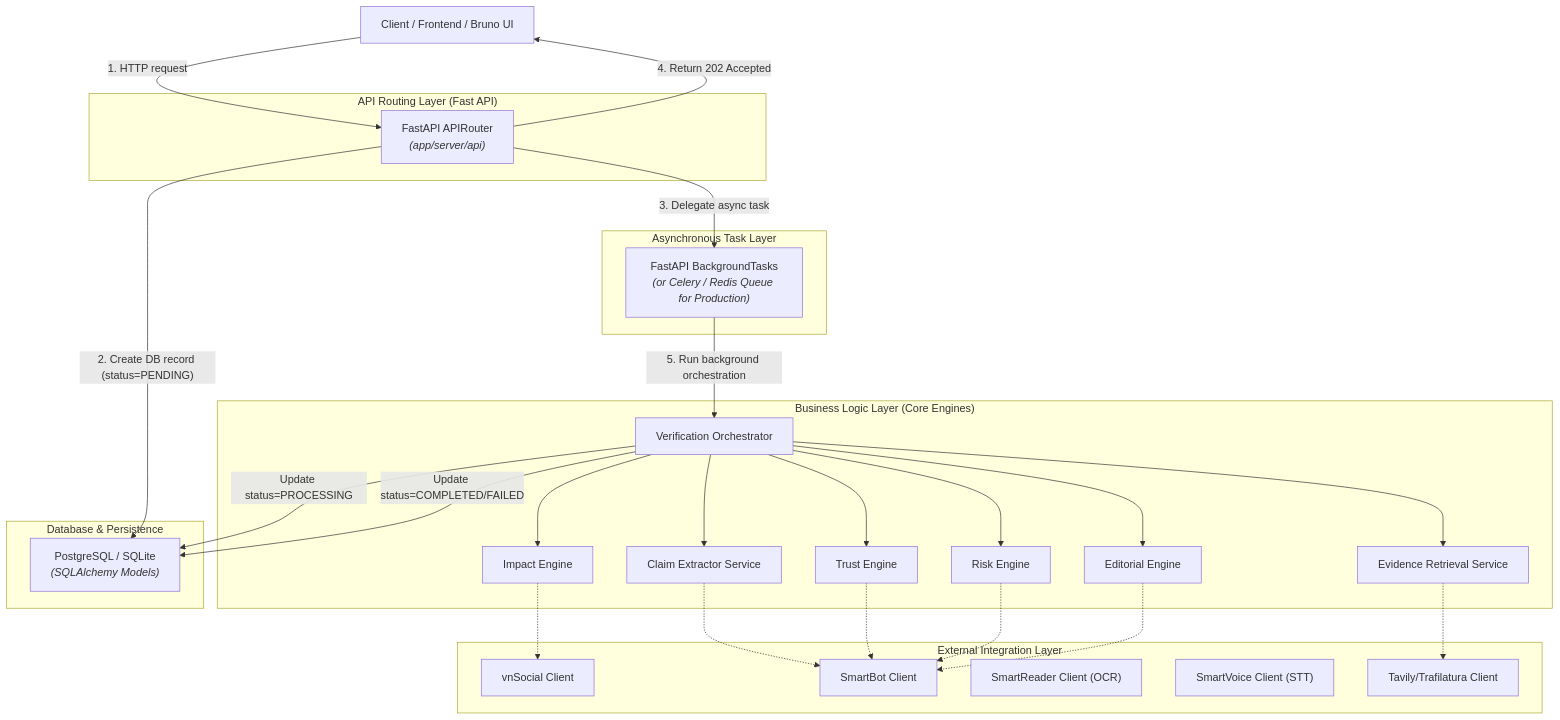
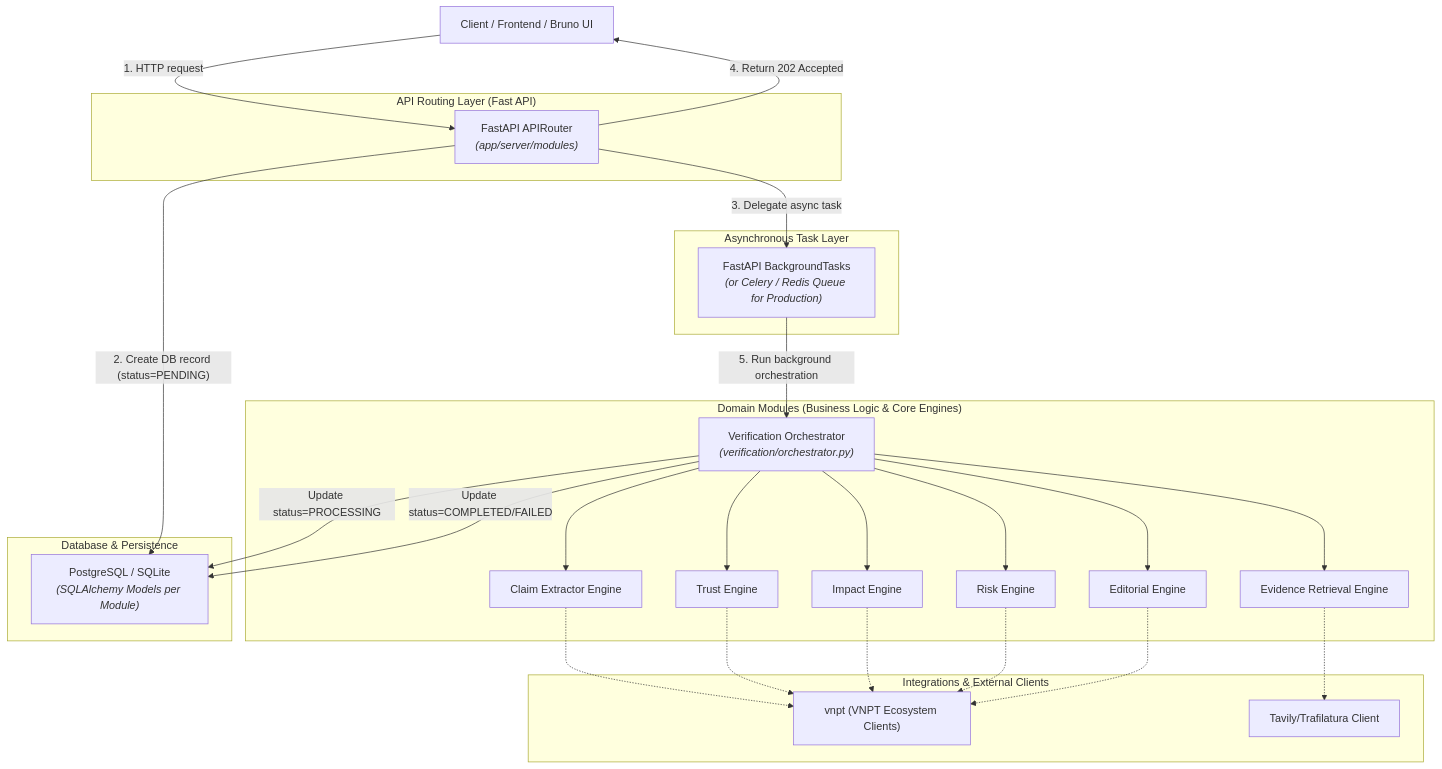
Before and after one commit to KidCute1412/VietnameseHackAIthon2026-SocialMedia: the diagram in docs/specs/backend_architecture.md, drawn with Mermaid. The commit also changed other lines of this file and 49 other files, not shown here.

Commit message:
Feat(BE): Alter the architecture to modular monolith

````diff
--- a/docs/specs/backend_architecture.md
+++ b/docs/specs/backend_architecture.md
@@ -13,60 +13,57 @@
 ```mermaid
 flowchart TD
     Client["Client / Frontend / Bruno UI"]
     
     subgraph Routing ["API Routing Layer (Fast API)"]
-        Router["FastAPI APIRouter<br><i>(app/server/api)</i>"]
+        Router["FastAPI APIRouter<br><i>(app/server/modules)</i>"]
     end
     
     subgraph TaskQueue ["Asynchronous Task Layer"]
         BgTasks["FastAPI BackgroundTasks<br><i>(or Celery / Redis Queue for Production)</i>"]
     end
 
-    subgraph Service ["Business Logic Layer (Core Engines)"]
-        VerifyService["Verification Orchestrator"]
-        ClaimExt["Claim Extractor Service"]
-        Retrieval["Evidence Retrieval Service"]
+    subgraph Modules ["Domain Modules (Business Logic & Core Engines)"]
+        VerifyOrch["Verification Orchestrator<br><i>(verification/orchestrator.py)</i>"]
+        ClaimExt["Claim Extractor Engine"]
+        Retrieval["Evidence Retrieval Engine"]
         TrustEng["Trust Engine"]
         ImpactEng["Impact Engine"]
         RiskEng["Risk Engine"]
         EditorialEng["Editorial Engine"]
     end
     
-    subgraph Integration ["External Integration Layer"]
-        VNSocial["vnSocial Client"]
-        SmartBot["SmartBot Client"]
-        SmartReader["SmartReader Client (OCR)"]
-        SmartVoice["SmartVoice Client (STT)"]
+    subgraph Integration ["Integrations & External Clients"]
+        VNPT["vnpt (VNPT Ecosystem Clients)"]
         Tavily["Tavily/Trafilatura Client"]
     end
     
     subgraph Storage ["Database & Persistence"]
-        DB["PostgreSQL / SQLite<br><i>(SQLAlchemy Models)</i>"]
+        DB["PostgreSQL / SQLite<br><i>(SQLAlchemy Models per Module)</i>"]
     end
     
     %% Flows
     Client -->|"1. HTTP request"| Router
     Router -->|"2. Create DB record (status=PENDING)"| DB
     Router -->|"3. Delegate async task"| BgTasks
     Router -->|"4. Return 202 Accepted"| Client
     
-    BgTasks -->|"5. Run background orchestration"| VerifyService
-    VerifyService -->|"Update status=PROCESSING"| DB
+    BgTasks -->|"5. Run background orchestration"| VerifyOrch
+    VerifyOrch -->|"Update status=PROCESSING"| DB
     
-    VerifyService --> ClaimExt
-    VerifyService --> Retrieval
-    VerifyService --> TrustEng
-    VerifyService --> ImpactEng
-    VerifyService --> RiskEng
-    VerifyService --> EditorialEng
+    VerifyOrch --> ClaimExt
+    VerifyOrch --> Retrieval
+    VerifyOrch --> TrustEng
+    VerifyOrch --> ImpactEng
+    VerifyOrch --> RiskEng
+    VerifyOrch --> EditorialEng
     
-    VerifyService -->|Update status=COMPLETED/FAILED| DB
+    VerifyOrch -->|Update status=COMPLETED/FAILED| DB
     
     %% Integration integrations
-    ClaimExt -.-> SmartBot
+    ClaimExt -.-> VNPT
     Retrieval -.-> Tavily
-    TrustEng -.-> SmartBot
-    ImpactEng -.-> VNSocial
-    RiskEng -.-> SmartBot
-    EditorialEng -.-> SmartBot
+    TrustEng -.-> VNPT
+    ImpactEng -.-> VNPT
+    RiskEng -.-> VNPT
+    EditorialEng -.-> VNPT
 ```
````
